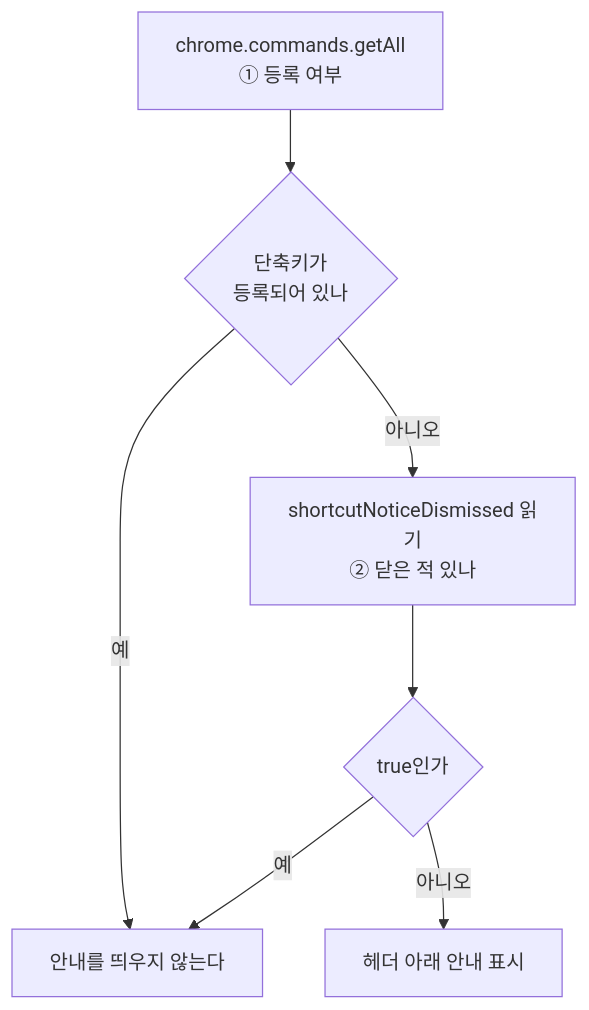
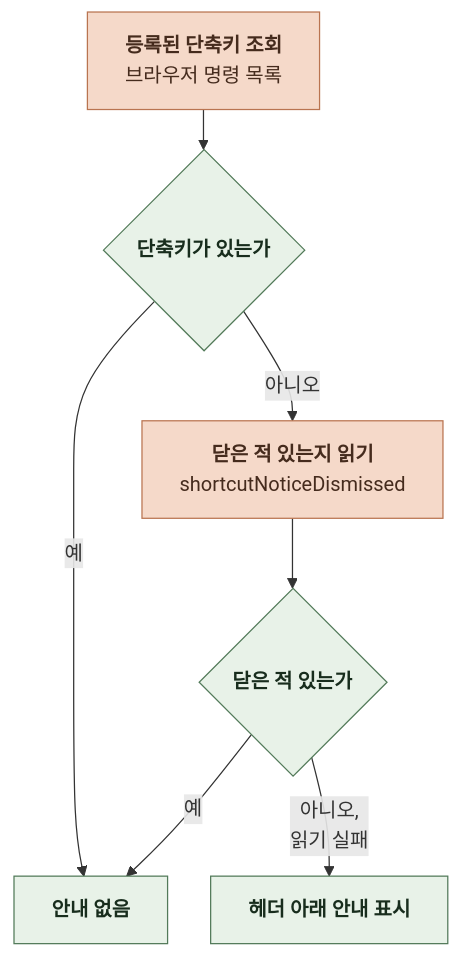
One commit to kangkyunghyun/LinKHU changed the fourth of 4 diagrams in docs/spec/6-1-INTERACTION.md. Above: the diagram before and after it, drawn with Mermaid. The commit also changed other lines of this file and 24 other files, not shown here.

````diff
--- a/docs/spec/6-1-INTERACTION.md
+++ b/docs/spec/6-1-INTERACTION.md
@@ -111,9 +154,17 @@
 ```mermaid
+%%{init: {"flowchart": {"curve": "basis", "nodeSpacing": 24, "rankSpacing": 32}}}%%
 flowchart TD
-    A["chrome.commands.getAll<br>① 등록 여부"] --> B{"단축키가<br>등록되어 있나"}
-    B -- "예" --> X["안내를 띄우지 않는다"]
-    B -- "아니오" --> C["shortcutNoticeDismissed 읽기<br>② 닫은 적 있나"]
-    C --> D{"true인가"}
-    D -- "예" --> X
-    D -- "아니오" --> E["헤더 아래 안내 표시"]
+    A["`**등록된 단축키 조회**
+브라우저 명령 목록`"] --> B{"`**단축키가 있는가**`"}
+    B -->|예| X["`**안내 없음**`"]
+    B -->|아니오| C["`**닫은 적 있는지 읽기**
+shortcutNoticeDismissed`"]
+    C --> D{"`**닫은 적 있는가**`"}
+    D -->|예| X
+    D -->|"`아니오,
+읽기 실패`"| E["`**헤더 아래 안내 표시**`"]
+    classDef comp fill:#E8F2E8,stroke:#527A59,color:#182D1D
+    classDef store fill:#F5D9C9,stroke:#B97450,color:#452B1D
+    class B,D,X,E comp
+    class A,C store
 ```
````
